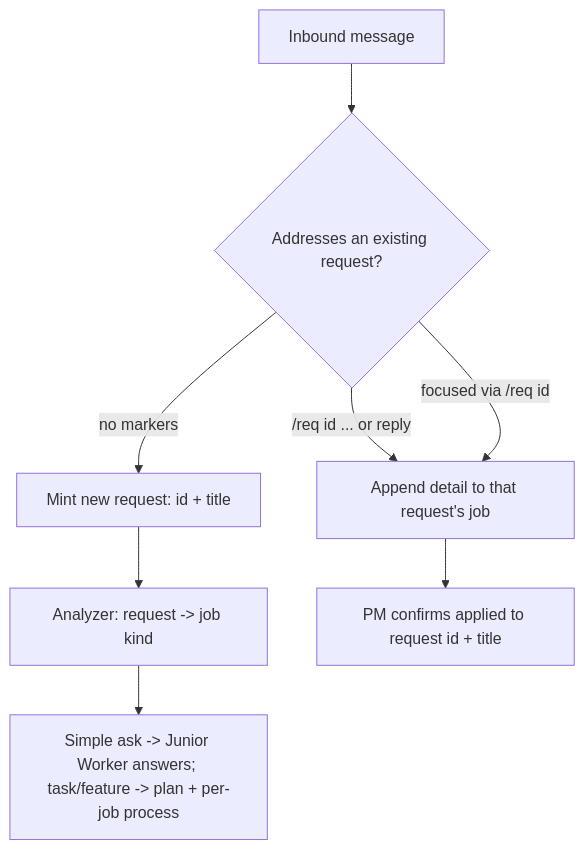
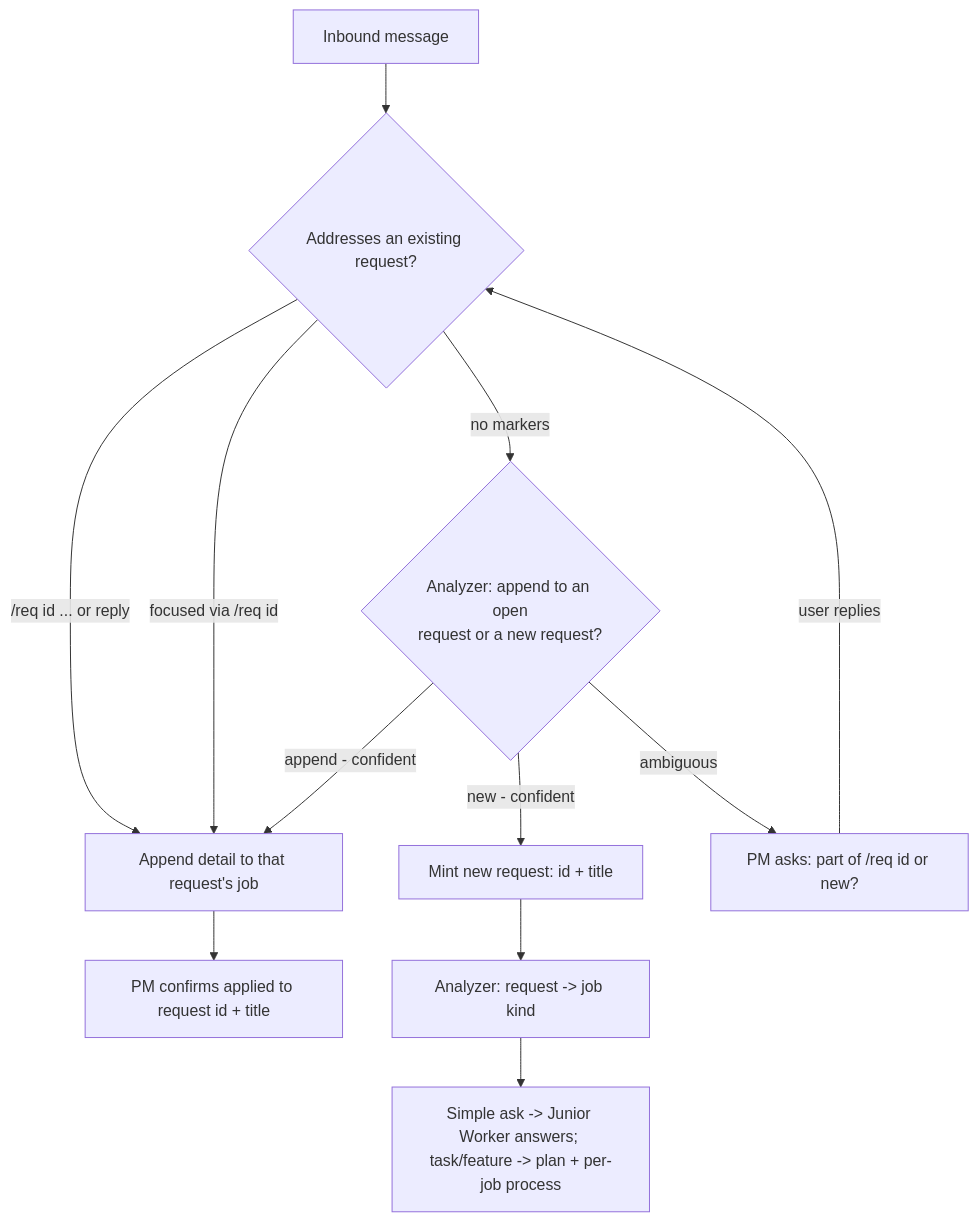
The seventh of 9 diagrams in docs/design-spec.md (AbelHu/ai-research), drawn with Mermaid before and after one commit. The commit also changed other lines of this file, not shown here.

````diff
--- a/docs/design-spec.md
+++ b/docs/design-spec.md
@@ -479,10 +500,14 @@
 ```mermaid
 flowchart TD
   IN[Inbound message] --> R{Addresses an existing request?}
   R -->|"/req id ... or reply"| EX[Append detail to that request's job]
   R -->|"focused via /req id"| EX
-  R -->|no markers| NEW[Mint new request: id + title]
+  R -->|no markers| DIS{"Analyzer: append to an open<br/>request or a new request?"}
+  DIS -->|append - confident| EX
+  DIS -->|new - confident| NEW[Mint new request: id + title]
+  DIS -->|ambiguous| ASK[PM asks: part of /req id or new?]
+  ASK -->|user replies| R
   NEW --> AZ[Analyzer: request -> job kind]
   EX --> ACKD[PM confirms applied to request id + title]
   AZ --> ROUTE[Simple ask -> Junior Worker answers; task/feature -> plan + per-job process]
 ```
````
